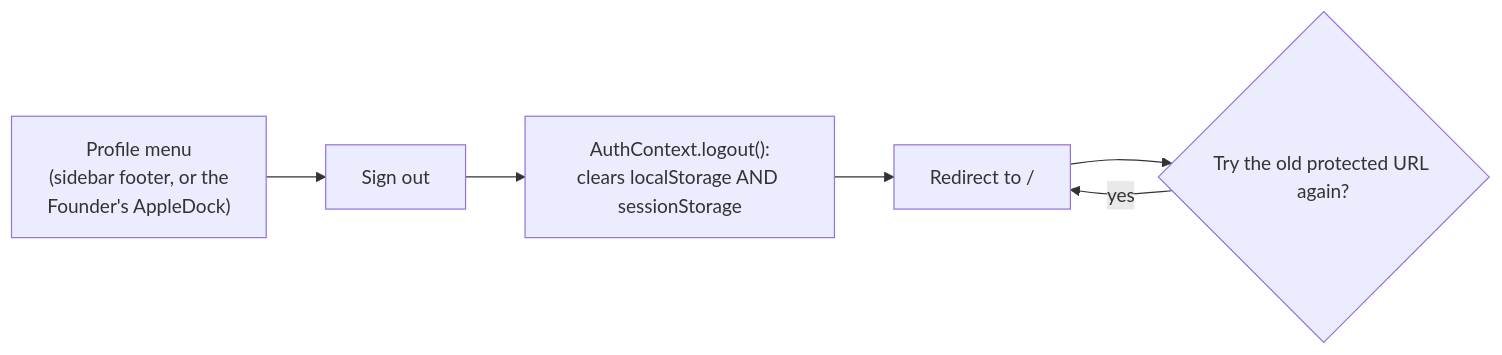
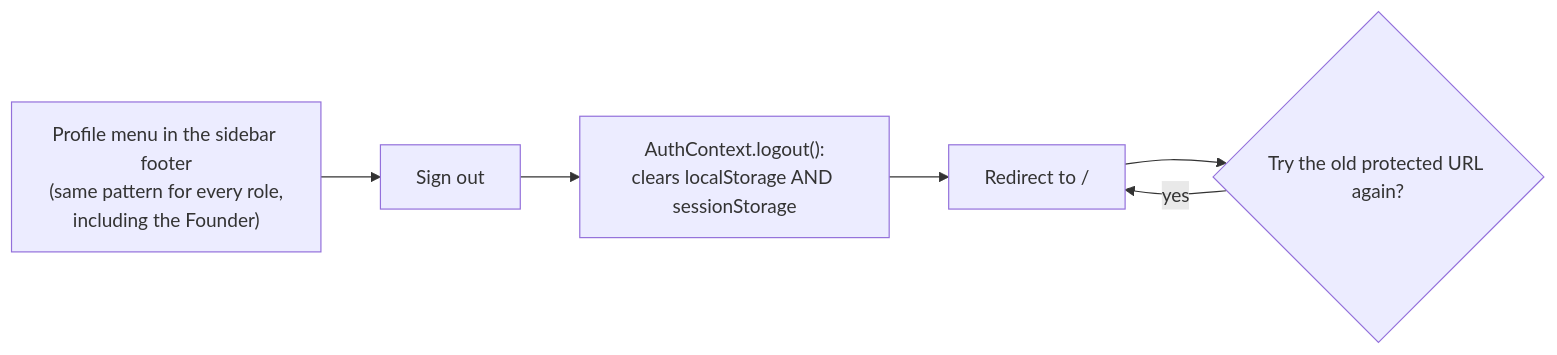
The eighth of 8 diagrams in docs/USER_FLOW.md (Fute-Services/Project-Ticket), drawn with Mermaid before and after one commit. The commit also changed other lines of this file and 6 other files, not shown here.

````diff
--- a/docs/USER_FLOW.md
+++ b/docs/USER_FLOW.md
@@ -147,8 +147,8 @@
 ```mermaid
 flowchart LR
-    A["Profile menu\n(sidebar footer, or the\nFounder's AppleDock)"] --> B["Sign out"]
+    A["Profile menu in the sidebar footer\n(same pattern for every role,\nincluding the Founder)"] --> B["Sign out"]
     B --> C["AuthContext.logout():\nclears localStorage AND sessionStorage"]
     C --> D["Redirect to /"]
     D --> E{"Try the old protected URL again?"}
     E -->|yes| D
 ```
````
